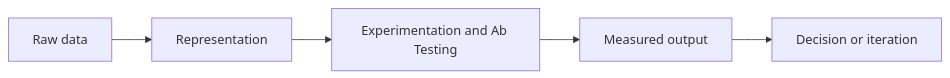
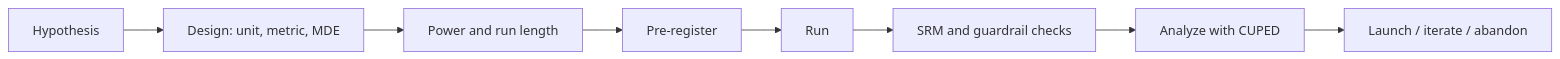
One commit to Icon1cc/Machine-Learning changed the diagram in data-science/08-experimentation-and-ab-testing.md. Above: the diagram before and after it, drawn with Mermaid. The commit also changed other lines of this file and 264 other files, not shown here.

````diff
--- a/data-science/08-experimentation-and-ab-testing.md
+++ b/data-science/08-experimentation-and-ab-testing.md
@@ -92,7 +152,10 @@
 ```mermaid
 flowchart LR
-    A[Raw data] --> B[Representation]
-    B --> C[Experimentation and Ab Testing]
-    C --> D[Measured output]
-    D --> E[Decision or iteration]
+    H[Hypothesis] --> D[Design: unit, metric, MDE]
+    D --> P[Power and run length]
+    P --> R[Pre-register]
+    R --> X[Run]
+    X --> S[SRM and guardrail checks]
+    S --> A[Analyze with CUPED]
+    A --> L[Launch / iterate / abandon]
 ```
````
